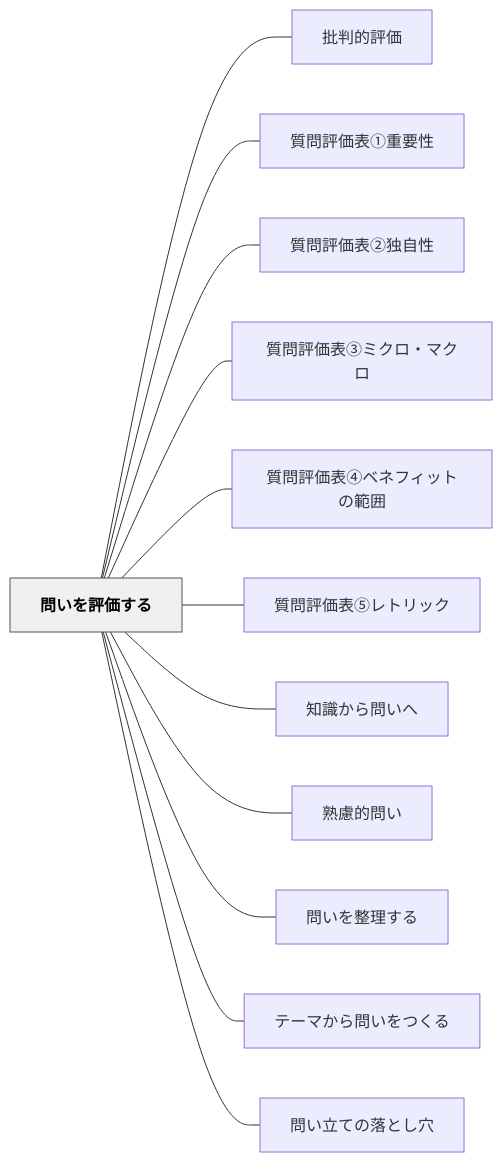
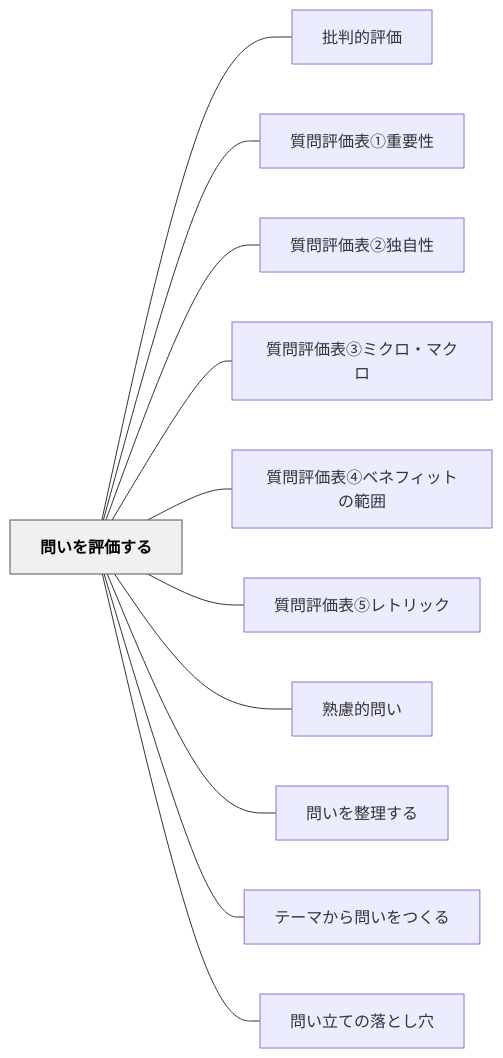
One commit to unknownthings-ed-patterns/unknownthings-ed-patterns changed the diagram in content/パタン/問いを評価する.md. Above: the diagram before and after it, drawn with Mermaid. The commit also changed other lines of this file and 1 other file, not shown here.

Commit message:
auto: Obsidianから同期 2026-06-13 15:53

````diff
--- a/content/パタン/問いを評価する.md
+++ b/content/パタン/問いを評価する.md
@@ -57,30 +56,28 @@
 ```mermaid
 flowchart LR
     ne5958fe38184e38292e8a995e4bea1e38199e3828b["問いを評価する"]
     ne689b9e588a4e79a84e8a995e4bea1["批判的評価"]
     ne8b3aae5958fe8a995e4bea1e8a1a8e291a0e9878de8a681e680a7["質問評価表①重要性"]
     ne8b3aae5958fe8a995e4bea1e8a1a8e291a1e78bace887aae680a7["質問評価表②独自性"]
     ne8b3aae5958fe8a995e4bea1e8a1a8e291a2e3839fe382afe383ade383bbe3839ee382afe383ad["質問評価表③ミクロ・マクロ"]
     ne8b3aae5958fe8a995e4bea1e8a1a8e291a3e38399e3838de38395e382a3e38383e38388e381aee7af84e59bb2["質問評価表④ベネフィットの範囲"]
     ne8b3aae5958fe8a995e4bea1e8a1a8e291a4e383ace38388e383aae38383e382af["質問評価表⑤レトリック"]
-    ne79fa5e8ad98e3818be38289e5958fe38184e381b8["知識から問いへ"]
     ne7869fe685aee79a84e5958fe38184["熟慮的問い"]
     ne5958fe38184e38292e695b4e79086e38199e3828b["問いを整理する"]
     ne38386e383bce3839ee3818be38289e5958fe38184e38292e381a4e3818fe3828b["テーマから問いをつくる"]
     ne5958fe38184e7ab8be381a6e381aee890bde381a8e38197e7a9b4["問い立ての落とし穴"]
 
     ne5958fe38184e38292e8a995e4bea1e38199e3828b --- ne689b9e588a4e79a84e8a995e4bea1
     ne5958fe38184e38292e8a995e4bea1e38199e3828b --- ne8b3aae5958fe8a995e4bea1e8a1a8e291a0e9878de8a681e680a7
     ne5958fe38184e38292e8a995e4bea1e38199e3828b --- ne8b3aae5958fe8a995e4bea1e8a1a8e291a1e78bace887aae680a7
     ne5958fe38184e38292e8a995e4bea1e38199e3828b --- ne8b3aae5958fe8a995e4bea1e8a1a8e291a2e3839fe382afe383ade383bbe3839ee382afe383ad
     ne5958fe38184e38292e8a995e4bea1e38199e3828b --- ne8b3aae5958fe8a995e4bea1e8a1a8e291a3e38399e3838de38395e382a3e38383e38388e381aee7af84e59bb2
     ne5958fe38184e38292e8a995e4bea1e38199e3828b --- ne8b3aae5958fe8a995e4bea1e8a1a8e291a4e383ace38388e383aae38383e382af
-    ne5958fe38184e38292e8a995e4bea1e38199e3828b --- ne79fa5e8ad98e3818be38289e5958fe38184e381b8
     ne5958fe38184e38292e8a995e4bea1e38199e3828b --- ne7869fe685aee79a84e5958fe38184
     ne5958fe38184e38292e8a995e4bea1e38199e3828b --- ne5958fe38184e38292e695b4e79086e38199e3828b
     ne5958fe38184e38292e8a995e4bea1e38199e3828b --- ne38386e383bce3839ee3818be38289e5958fe38184e38292e381a4e3818fe3828b
     ne5958fe38184e38292e8a995e4bea1e38199e3828b --- ne5958fe38184e7ab8be381a6e381aee890bde381a8e38197e7a9b4
 
     classDef hub fill:#f0f0f0,stroke:#555,color:#000,font-weight:bold
     class ne5958fe38184e38292e8a995e4bea1e38199e3828b hub
 ```
````
